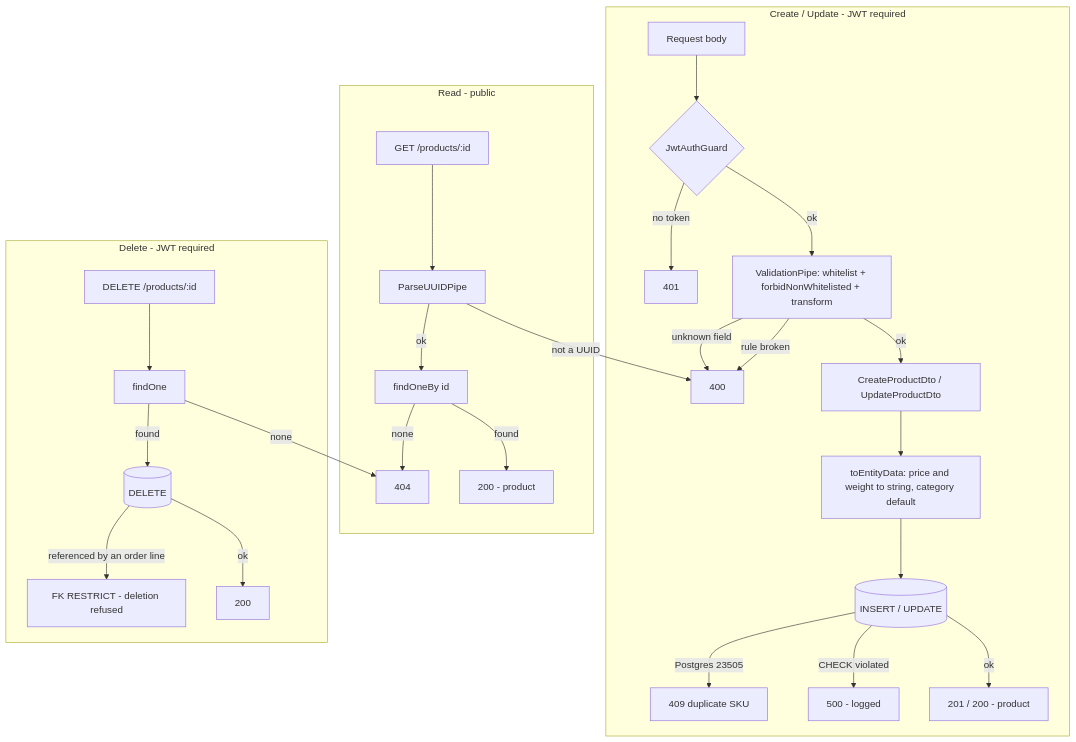
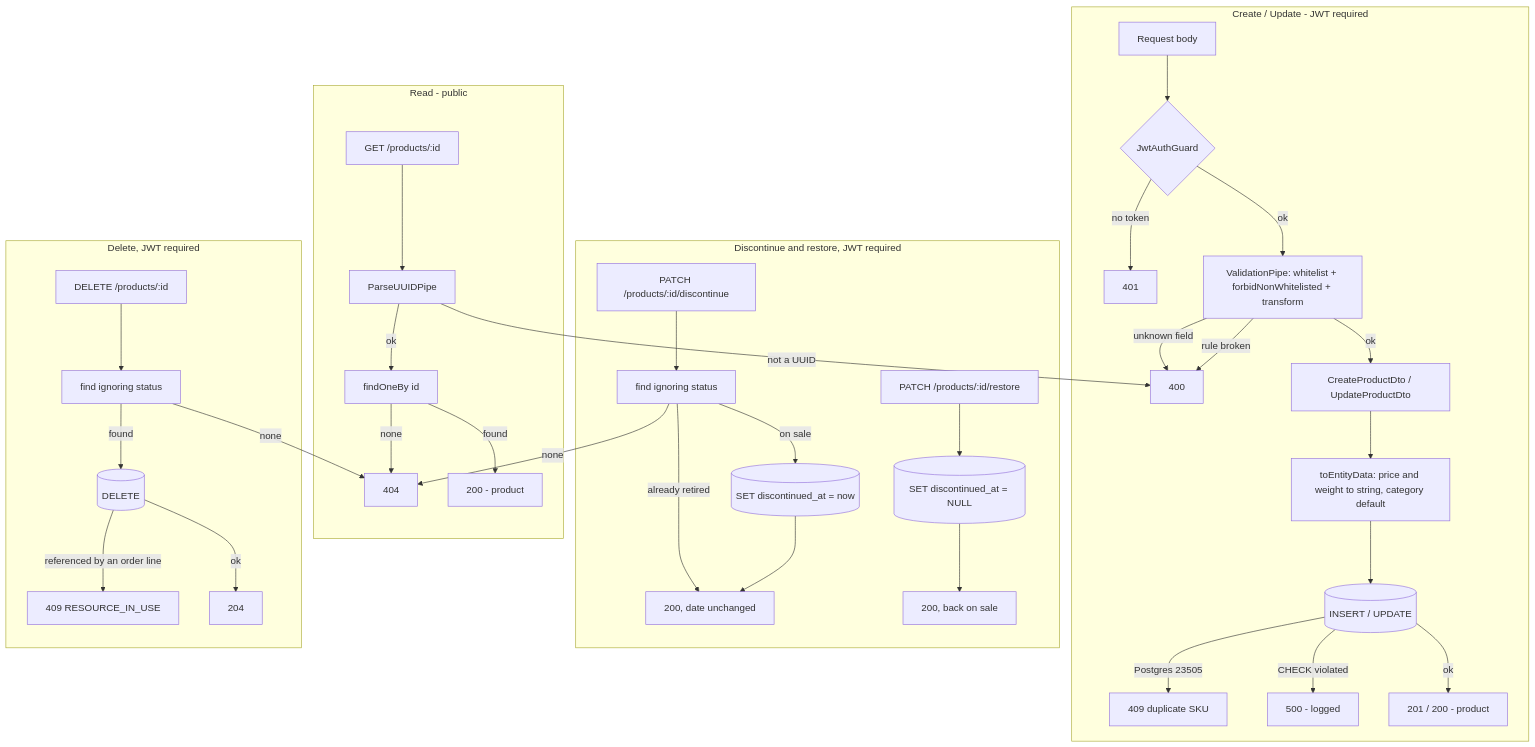
One commit to alejandrogalaz21/e-comerce changed the diagram in docs/processes/P-02-product-crud.md. Above: the diagram before and after it, drawn with Mermaid. The commit also changed other lines of this file and 325 other files, not shown here.

First line of the commit message:
Pre-submission pass, and the product lifecycle: discontinue, restore and a change history (TK-058) (#23)

````diff
--- a/docs/processes/P-02-product-crud.md
+++ b/docs/processes/P-02-product-crud.md
@@ -19,32 +19,42 @@
 ```mermaid
 graph TD
     subgraph Write["Create / Update - JWT required"]
         W1[Request body] --> W2{JwtAuthGuard}
         W2 -- no token --> E401[401]
         W2 -- ok --> W3[ValidationPipe: whitelist + forbidNonWhitelisted + transform]
         W3 -- unknown field --> E400[400]
         W3 -- rule broken --> E400
         W3 -- ok --> W4[CreateProductDto / UpdateProductDto]
         W4 --> W5[toEntityData: price and weight to string, category default]
         W5 --> W6[(INSERT / UPDATE)]
         W6 -- Postgres 23505 --> E409[409 duplicate SKU]
         W6 -- CHECK violated --> E500g[500 - logged]
         W6 -- ok --> OK2[201 / 200 - product]
     end
 
     subgraph Read["Read - public"]
         R1[GET /products/:id] --> R2[ParseUUIDPipe]
         R2 -- not a UUID --> E400
         R2 -- ok --> R3[findOneBy id]
         R3 -- none --> E404[404]
         R3 -- found --> OK1[200 - product]
     end
 
-    subgraph Delete["Delete - JWT required"]
-        D1[DELETE /products/:id] --> D2[findOne]
+    subgraph Retire["Discontinue and restore, JWT required"]
+        T1["PATCH /products/:id/discontinue"] --> T2["find ignoring status"]
+        T2 -- none --> E404
+        T2 -- "already retired" --> OK4["200, date unchanged"]
+        T2 -- "on sale" --> T3[("SET discontinued_at = now")]
+        T3 --> OK4
+        T4["PATCH /products/:id/restore"] --> T5[("SET discontinued_at = NULL")]
+        T5 --> OK5["200, back on sale"]
+    end
+
+    subgraph Delete["Delete, JWT required"]
+        D1["DELETE /products/:id"] --> D2["find ignoring status"]
         D2 -- none --> E404
-        D2 -- found --> D3[(DELETE)]
-        D3 -- referenced by an order line --> E500r[FK RESTRICT - deletion refused]
-        D3 -- ok --> OK3[200]
+        D2 -- found --> D3[("DELETE")]
+        D3 -- "referenced by an order line" --> E409r["409 RESOURCE_IN_USE"]
+        D3 -- ok --> OK3["204"]
     end
 ```
````
